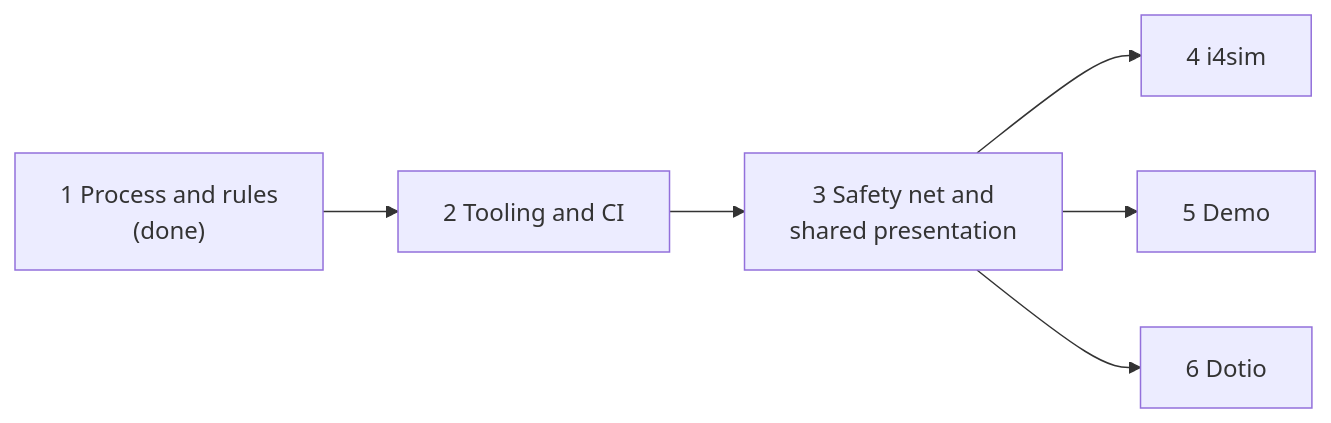
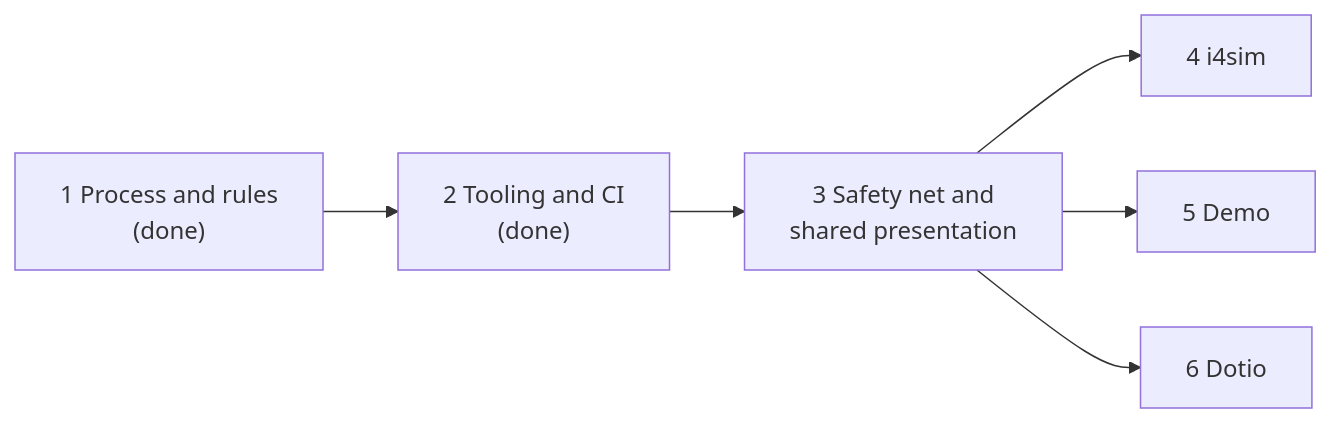
Before and after one commit to SMB-M87/Kinetra-Lab: the diagram in docs/design/2026-11-18-quality-roadmap.md, drawn with Mermaid. The commit also changed other lines of this file and 5 other files, not shown here.

````diff
--- a/docs/design/2026-11-18-quality-roadmap.md
+++ b/docs/design/2026-11-18-quality-roadmap.md
@@ -55,8 +55,8 @@
 ```mermaid
 flowchart LR
-    P1["1 Process and rules<br/>(done)"] --> P2["2 Tooling and CI"]
+    P1["1 Process and rules<br/>(done)"] --> P2["2 Tooling and CI<br/>(done)"]
     P2 --> P3["3 Safety net and<br/>shared presentation"]
     P3 --> P4["4 i4sim"]
     P3 --> P5["5 Demo"]
     P3 --> P6["6 Dotio"]
 ```
````
